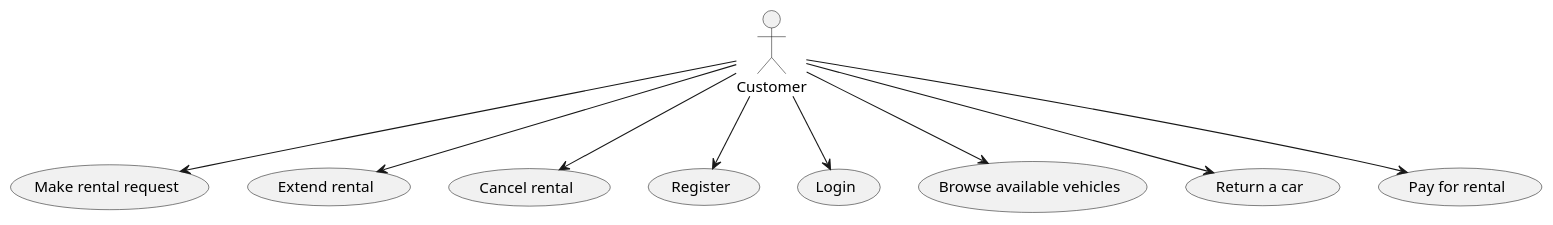
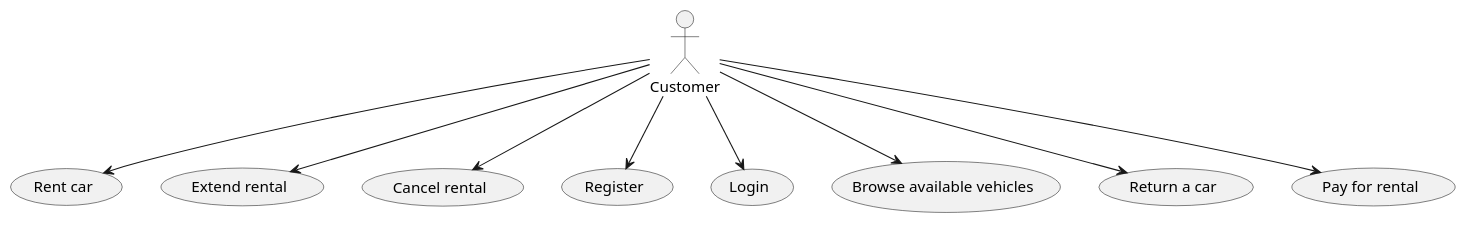
The diagram in diagrams/useCase/customer.puml (OMBowkerBBC/DC4600-Assignment1), drawn with PlantUML before and after one commit. The commit also changed 6 other files, not shown here.

```diff
--- a/diagrams/useCase/customer.puml
+++ b/diagrams/useCase/customer.puml
@@ -1,15 +1,15 @@
 @startuml
 actor :Customer: as customer
-(Make rental request) as rentReq
+(Rent car) as rentCar
 (Extend rental) as rentExt
 (Cancel rental) as rentCancel
 
 customer --> (Register)
 customer --> (Login)
 customer --> (Browse available vehicles)
-customer --> rentReq
+customer --> rentCar
 customer --> rentExt
 customer --> rentCancel
 customer --> (Return a car)
 customer --> (Pay for rental)
 @enduml
```
